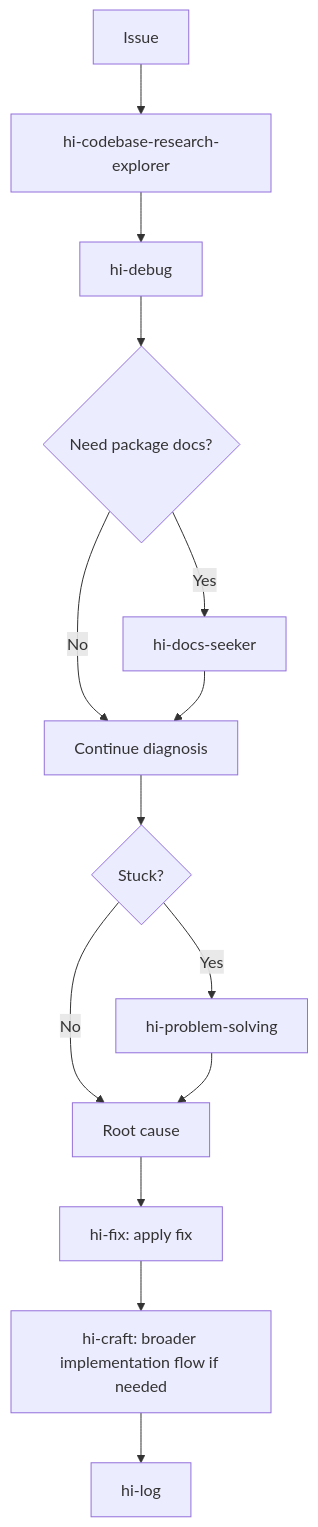
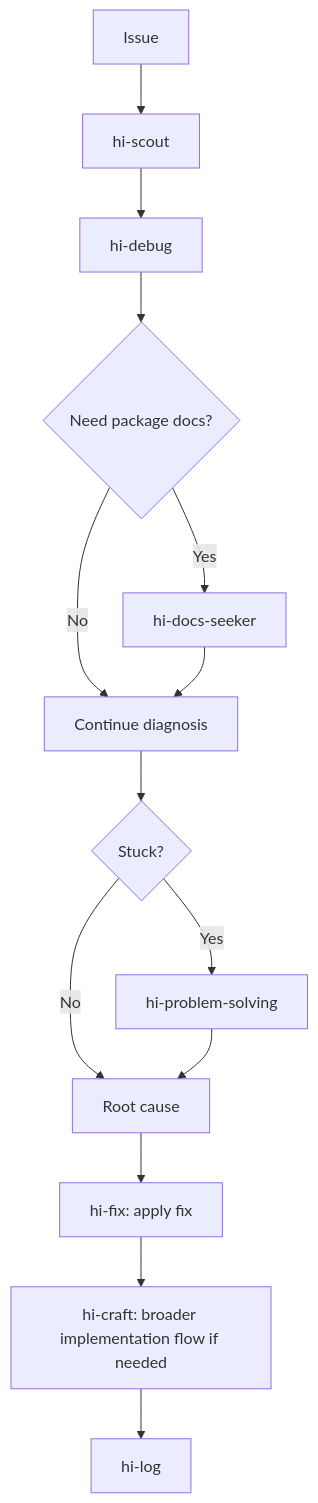
Before and after one commit to baka3k/dev-kit: the tenth of 11 diagrams in wiki/en/hi-debug-skill.md, drawn with Mermaid. The commit also changed other lines of this file and 62 other files, not shown here.

First line of the commit message:
refactor: replace hi-codebase-research-explorer with hi-scout across documentation and workflows

````diff
--- a/wiki/en/hi-debug-skill.md
+++ b/wiki/en/hi-debug-skill.md
@@ -1094,16 +1094,16 @@
 ```mermaid
 flowchart TD
-    A[Issue] --> B[hi-codebase-research-explorer]
+    A[Issue] --> B[hi-scout]
     B --> C[hi-debug]
     C --> D{Need package docs?}
     D -->|Yes| E[hi-docs-seeker]
     D -->|No| F[Continue diagnosis]
     E --> F
     F --> G{Stuck?}
     G -->|Yes| H[hi-problem-solving]
     G -->|No| I[Root cause]
     H --> I
     I --> J[hi-fix: apply fix]
     J --> K[hi-craft: broader implementation flow if needed]
     K --> L[hi-log]
 ```
````
